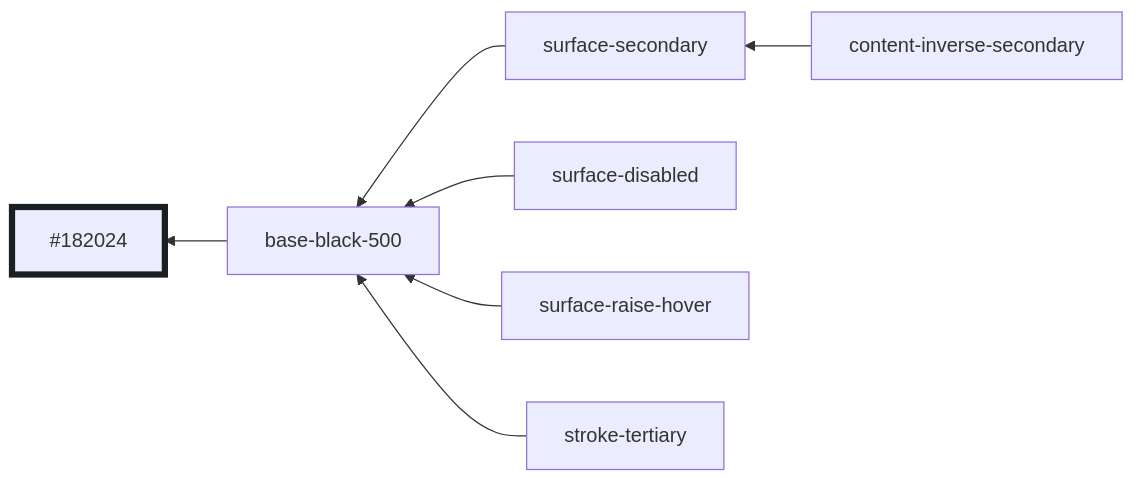
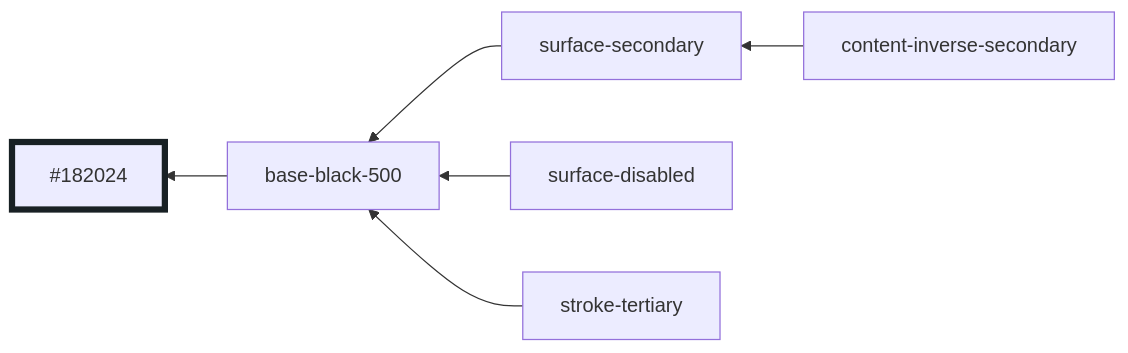
Before and after one commit to oxidecomputer/console: diagram 27 of 30 in libs/ui/styles/themes/main.md, drawn with Mermaid. The commit also changed other lines of this file and 4 other files, not shown here.

````diff
--- a/libs/ui/styles/themes/main.md
+++ b/libs/ui/styles/themes/main.md
@@ -340,11 +340,10 @@
 ```mermaid
 graph RL
   base-black-500 --> #182024:::base-black-500
   surface-secondary --> base-black-500
   surface-disabled --> base-black-500
-  surface-raise-hover --> base-black-500
   content-inverse-secondary --> surface-secondary
   stroke-tertiary --> base-black-500
 
   classDef base-black-500 stroke-width:5,stroke:#182024
 ```
````
